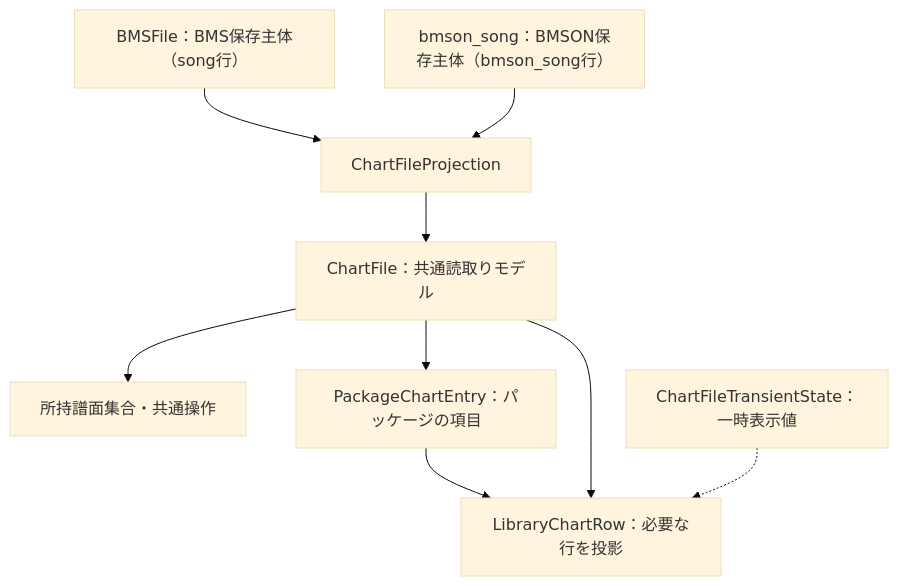
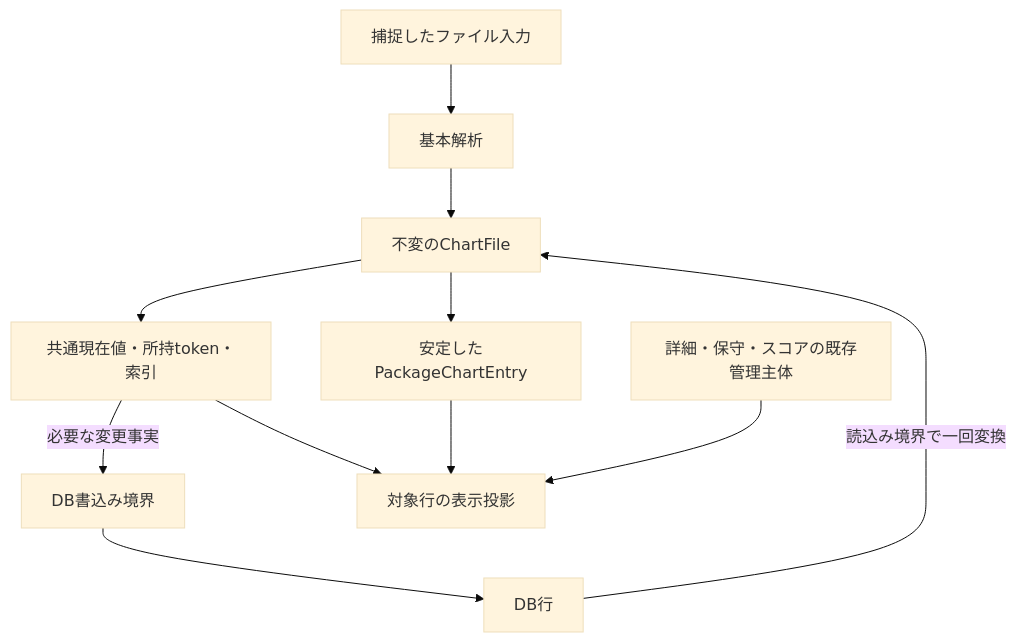
The diagram in devdocs/spec/library/chart-model.md (Neeted/bemusicseeker-unofficial-fork), drawn with Mermaid (base theme) before and after one commit. The commit also changed other lines of this file and 297 other files, not shown here.

````diff
--- a/devdocs/spec/library/chart-model.md
+++ b/devdocs/spec/library/chart-model.md
@@ -40,13 +37,13 @@
 ```mermaid
 flowchart TB
-    Bms["BMSFile：BMS保存主体（song行）"]
-    Bmson["bmson_song：BMSON保存主体（bmson_song行）"]
-    Bms --> Projection["ChartFileProjection"]
-    Bmson --> Projection
-    Projection --> Chart["ChartFile：共通読取りモデル"]
-    Chart --> Owned["所持譜面集合・共通操作"]
-    Chart --> Entry["PackageChartEntry：パッケージの項目"]
-    Entry --> Row["LibraryChartRow：必要な行を投影"]
-    Chart --> Row
-    Transient["ChartFileTransientState：一時表示値"] -.-> Row
+    Input["捕捉したファイル入力"] --> Parser["基本解析"]
+    Parser --> Chart["不変のChartFile"]
+    Db["DB行"] -->|読込み境界で一回変換| Chart
+    Chart --> Owned["共通現在値・所持token・索引"]
+    Chart --> Entry["安定したPackageChartEntry"]
+    Owned -->|必要な変更事実| Gateway["DB書込み境界"]
+    Gateway --> Db
+    Owned --> Row["対象行の表示投影"]
+    Entry --> Row
+    Specialist["詳細・保守・スコアの既存管理主体"] --> Row
 ```
````
